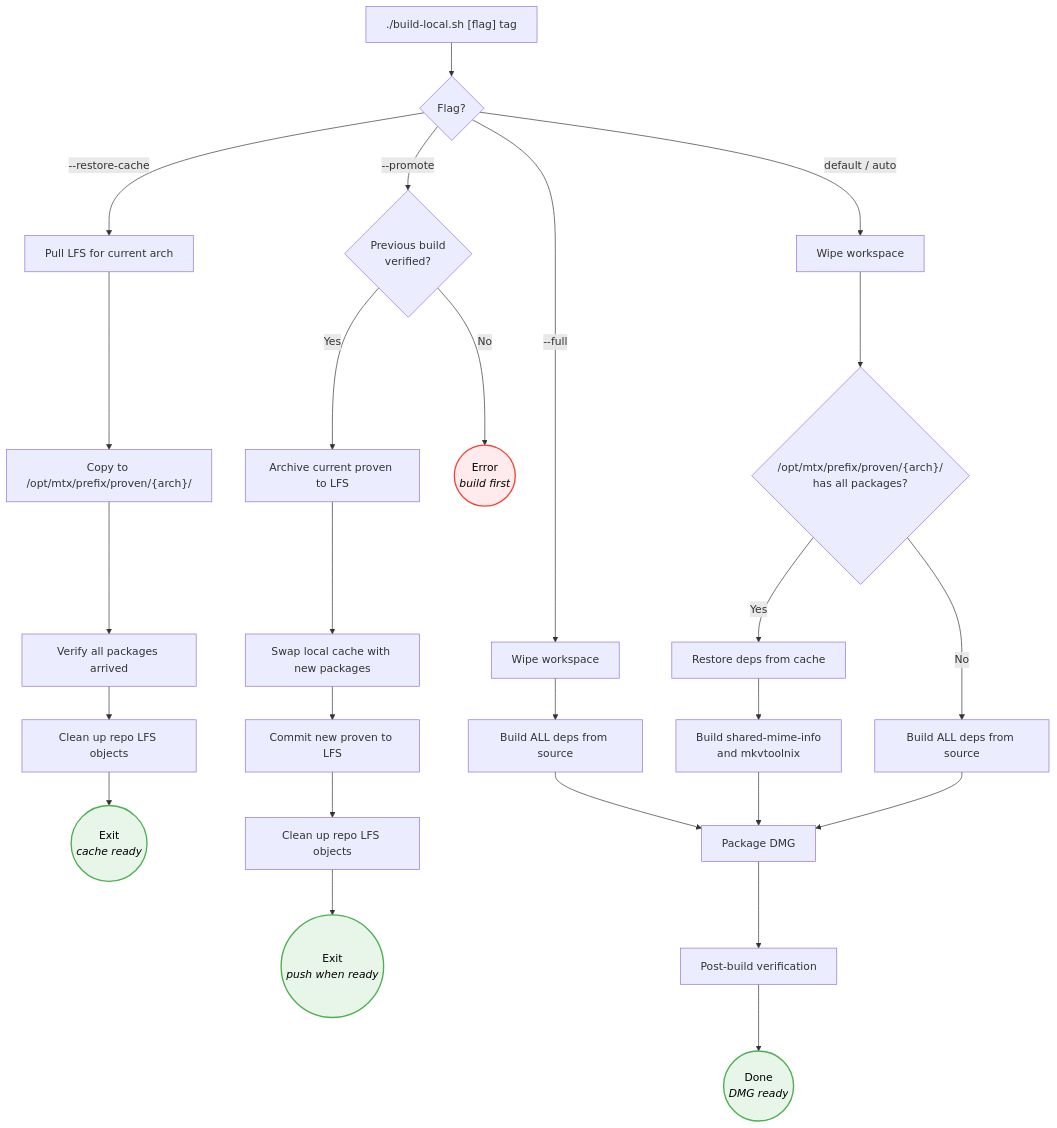
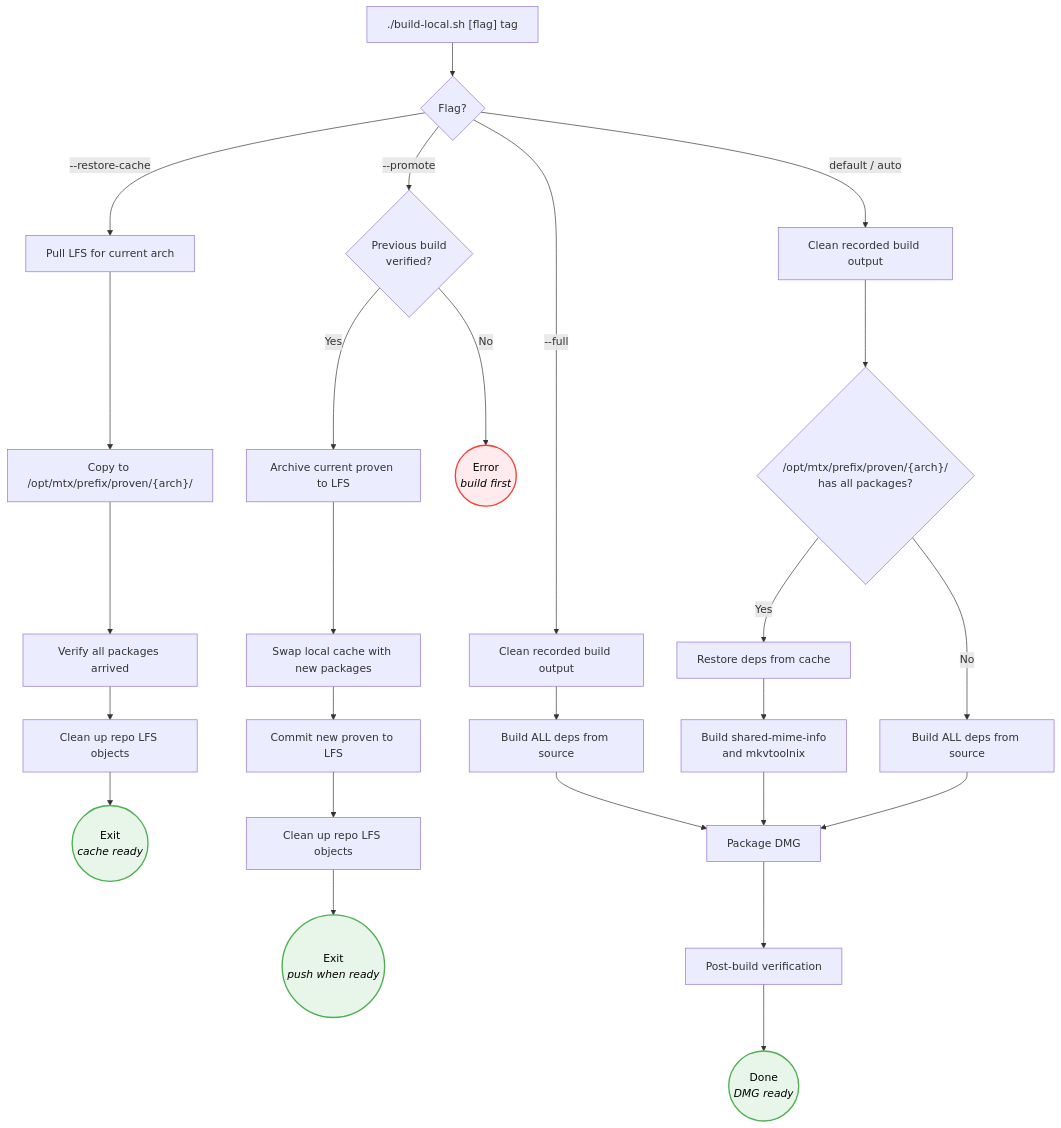
Before and after one commit to CorticalCode/mkvtoolnix-gui-macos: the second of 5 diagrams in docs/build-workflow.md, drawn with Mermaid. The commit also changed other lines of this file and 13 other files, not shown here.

````diff
--- a/docs/build-workflow.md
+++ b/docs/build-workflow.md
@@ -55,38 +55,38 @@
 ```mermaid
 flowchart TD
     START["./build-local.sh [flag] tag"] --> MODE{Flag?}
 
     MODE -->|--restore-cache| RC1["Pull LFS for current arch"]
     RC1 --> RC2["Copy to /opt/mtx/prefix/proven/{arch}/"]
     RC2 --> RC3["Verify all packages arrived"]
     RC3 --> RC4["Clean up repo LFS objects"]
     RC4 --> RC5(("Exit<br/><i>cache ready</i>"))
 
-    MODE -->|--full| F1["Wipe workspace"]
+    MODE -->|--full| F1["Clean recorded build output"]
     F1 --> F2["Build ALL deps from source"]
     F2 --> POST
 
-    MODE -->|default / auto| A1["Wipe workspace"]
+    MODE -->|default / auto| A1["Clean recorded build output"]
     A1 --> A2{"/opt/mtx/prefix/proven/{arch}/<br/>has all packages?"}
     A2 -->|Yes| A3["Restore deps from cache"]
     A3 --> A4["Build shared-mime-info<br/>and mkvtoolnix"]
     A4 --> POST
     A2 -->|No| A5["Build ALL deps from source"]
     A5 --> POST
 
     MODE -->|--promote| P1{"Previous build<br/>verified?"}
     P1 -->|No| P2(("Error<br/><i>build first</i>"))
     P1 -->|Yes| P3["Archive current proven to LFS"]
     P3 --> P4["Swap local cache with new packages"]
     P4 --> P5["Commit new proven to LFS"]
     P5 --> P6["Clean up repo LFS objects"]
     P6 --> P7(("Exit<br/><i>push when ready</i>"))
 
     POST["Package DMG"] --> VERIFY["Post-build verification"]
     VERIFY --> DONE(("Done<br/><i>DMG ready</i>"))
 
     style RC5 fill:#e8f5e9,stroke:#4caf50,stroke-width:2px,color:#000
     style P2 fill:#ffebee,stroke:#f44336,stroke-width:2px,color:#000
     style P7 fill:#e8f5e9,stroke:#4caf50,stroke-width:2px,color:#000
     style DONE fill:#e8f5e9,stroke:#4caf50,stroke-width:2px,color:#000
 ```
````
